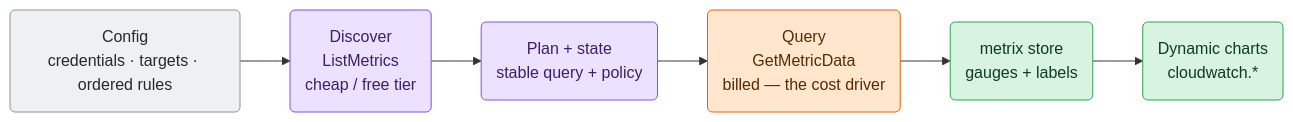
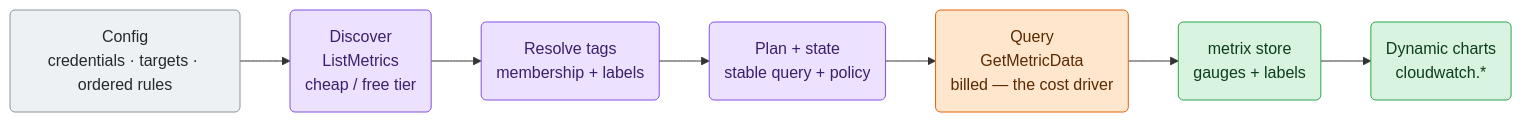
The first of 3 diagrams in src/go/plugin/go.d/collector/cloudwatch/ARCHITECTURE.md (netdata/netdata), drawn with Mermaid before and after one commit. The commit also changed other lines of this file and 16 other files, not shown here.

Commit message:
refactor(cloudwatch): clarify architecture and consolidate tests

````diff
--- a/src/go/plugin/go.d/collector/cloudwatch/ARCHITECTURE.md
+++ b/src/go/plugin/go.d/collector/cloudwatch/ARCHITECTURE.md
@@ -37,21 +37,22 @@
 ```mermaid
 flowchart LR
     cfg("Config<br/>credentials · targets · ordered rules")
     disc("Discover<br/>ListMetrics<br/>cheap / free tier")
+    tags("Resolve tags<br/>membership + labels")
     plan("Plan + state<br/>stable query + policy")
     query("Query<br/>GetMetricData<br/>billed — the cost driver")
     store("metrix store<br/>gauges + labels")
     charts("Dynamic charts<br/>cloudwatch.*")
 
-    cfg --> disc --> plan --> query --> store --> charts
+    cfg --> disc --> tags --> plan --> query --> store --> charts
 
     classDef input fill:#eef1f4,stroke:#8b949e,color:#24292f;
     classDef sched fill:#ece2ff,stroke:#8250df,color:#3b1f6b;
     classDef effect fill:#ffe6cc,stroke:#e36209,color:#5a2a00;
     classDef commit fill:#d8f3e0,stroke:#2da44e,color:#0b3d1f;
 
     class cfg input
-    class disc,plan sched
+    class disc,tags,plan sched
     class query effect
     class store,charts commit
 ```
````
